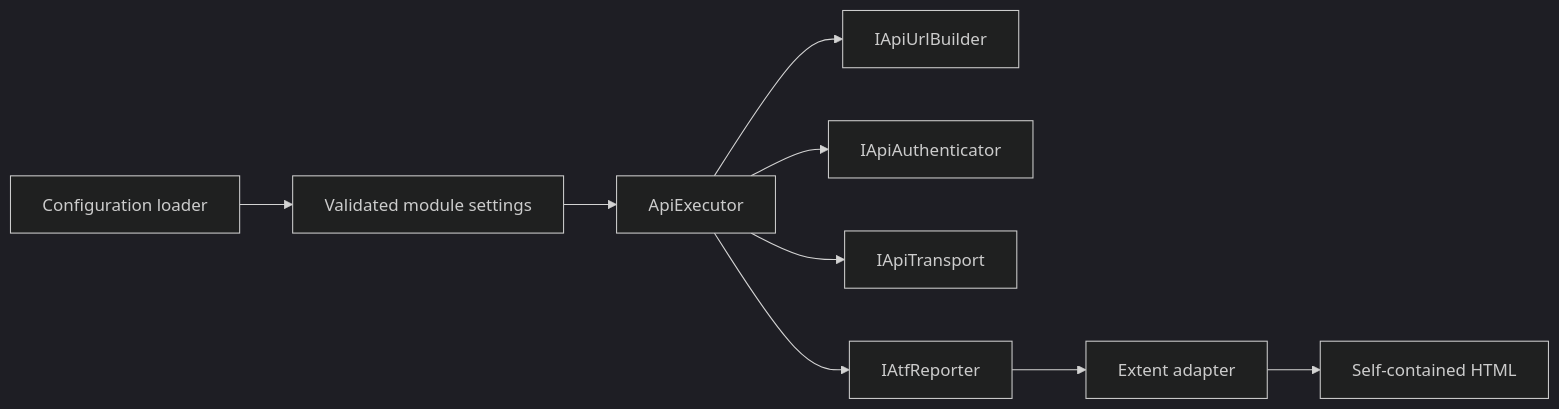
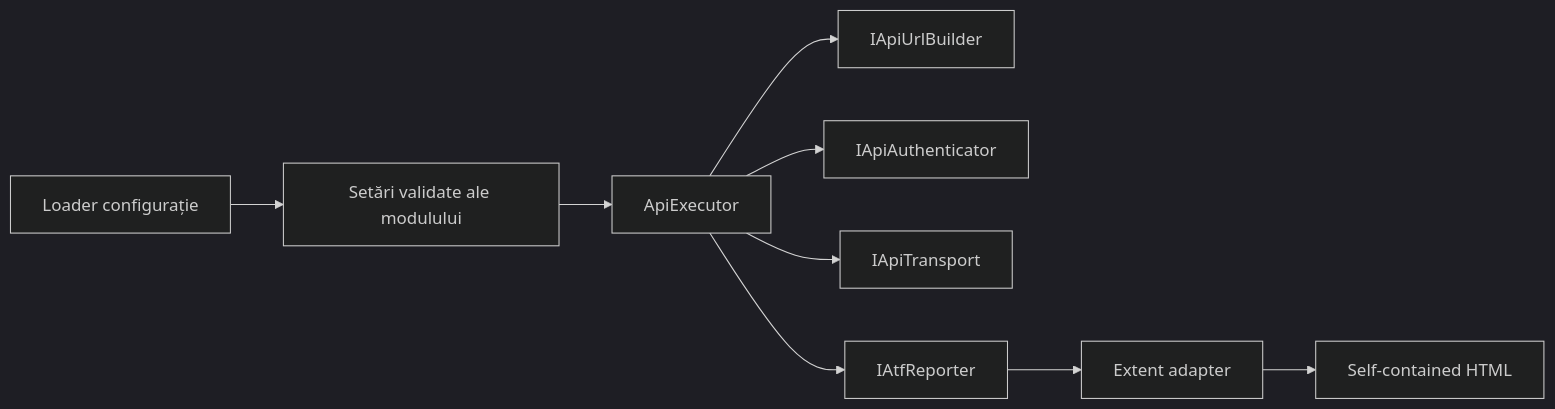
Before and after one commit to crististefanita/CS1: the first of 3 diagrams in Atf.Core/README.md, drawn with Mermaid (dark theme). The commit also changed other lines of this file and 109 other files, not shown here.

````diff
--- a/Atf.Core/README.md
+++ b/Atf.Core/README.md
@@ -18,11 +18,11 @@
 ```mermaid
 flowchart LR
-    Config[Configuration loader] --> Settings[Validated module settings]
+    Config[Loader configurație] --> Settings[Setări validate ale modulului]
     Settings --> Executor[ApiExecutor]
     Executor --> URL[IApiUrlBuilder]
     Executor --> Auth[IApiAuthenticator]
     Executor --> Transport[IApiTransport]
     Executor --> Reporter[IAtfReporter]
     Reporter --> Extent[Extent adapter]
     Extent --> Artifact[Self-contained HTML]
 ```
````
